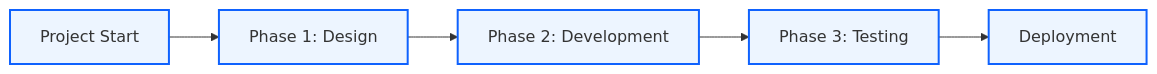
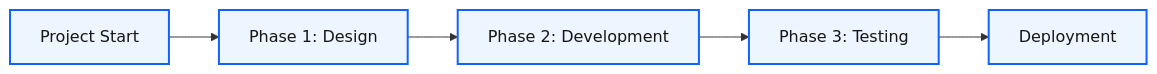
The tenth of 10 diagrams in examples/gantt.md (zhiweio/mermaid-illustrate), drawn with Mermaid before and after one commit. The commit also changed 22 other files, not shown here.

````diff
--- a/examples/gantt.md
+++ b/examples/gantt.md
@@ -175,10 +175,10 @@
 ```mermaid
 flowchart LR
     Start[Project Start] --> Phase1[Phase 1: Design]
     Phase1 --> Phase2[Phase 2: Development]
     Phase2 --> Phase3[Phase 3: Testing]
     Phase3 --> End[Deployment]
 
-    classDef bpProcess fill:#edf5ff,stroke:#0f62fe,stroke-width:2px
+    classDef bpProcess fill:#edf5ff,stroke:#0f62fe,stroke-width:2px,color:#161616
     class Start,Phase1,Phase2,Phase3,End bpProcess
 ```
````
